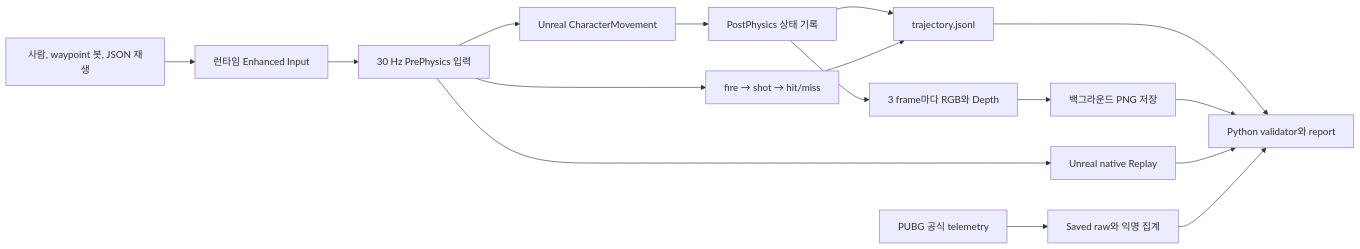
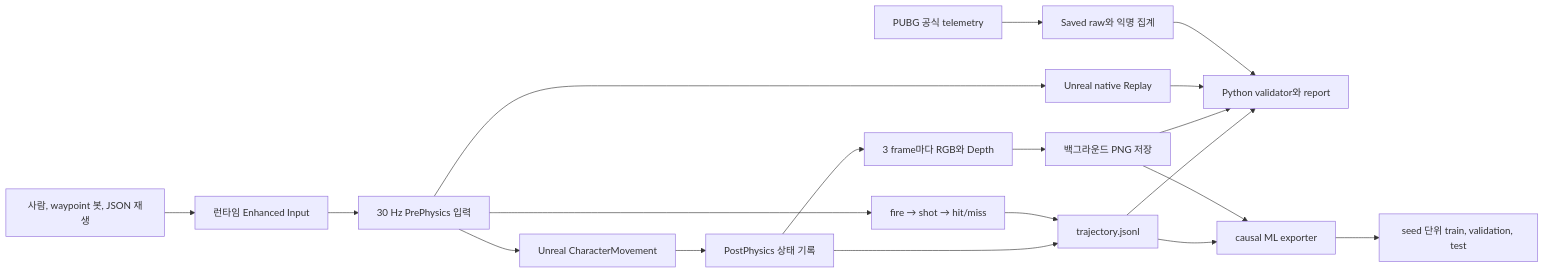
The diagram in README.md (NearthYou/URLab), drawn with Mermaid before and after one commit. The commit also changed other lines of this file and 26 other files, not shown here.

````diff
--- a/README.md
+++ b/README.md
@@ -62,18 +67,21 @@
 ```mermaid
 flowchart LR
     A["사람, waypoint 봇, JSON 재생"] --> B["런타임 Enhanced Input"]
     B --> C["30 Hz PrePhysics 입력"]
     C --> D["Unreal CharacterMovement"]
     D --> E["PostPhysics 상태 기록"]
     E --> F["trajectory.jsonl"]
     C --> K["fire → shot → hit/miss"]
     K --> F
     E --> G["3 frame마다 RGB와 Depth"]
     G --> H["백그라운드 PNG 저장"]
     C --> I["Unreal native Replay"]
     F --> J["Python validator와 report"]
     H --> J
     I --> J
+    F --> N["causal ML exporter"]
+    H --> N
+    N --> O["seed 단위 train, validation, test"]
     L["PUBG 공식 telemetry"] --> M["Saved raw와 익명 집계"]
     M --> J
 ```
````
